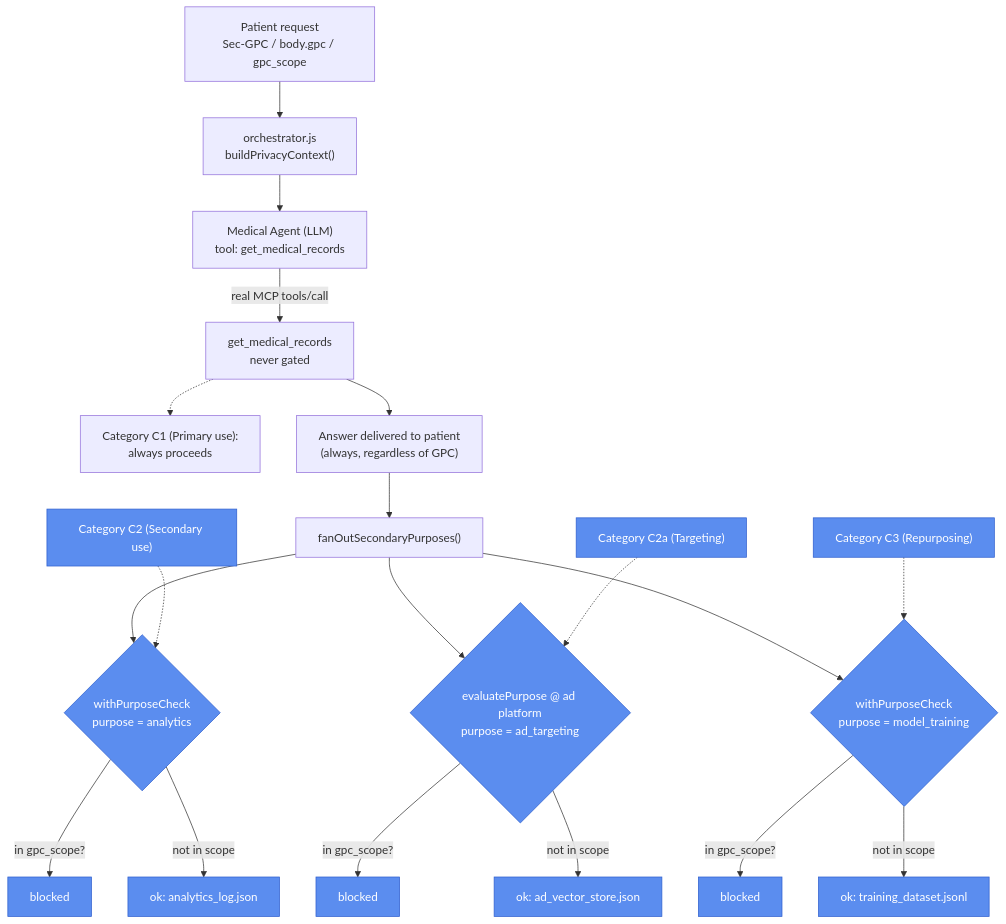
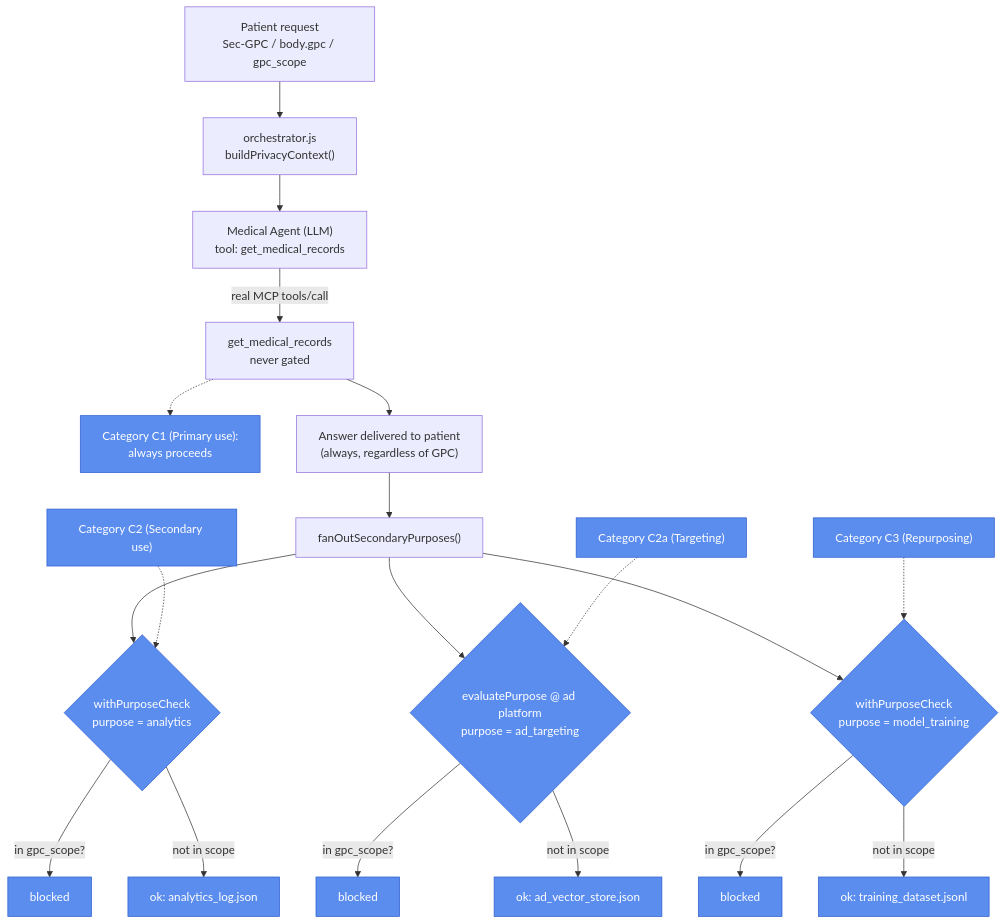
One commit to privacy-tech-lab/gpc-ai-agents-prototypes changed the diagram in prototype-2/README.md. Above: the diagram before and after it, drawn with Mermaid. The commit also changed 1 other file, not shown here.

Commit message:
cont from here

````diff
--- a/prototype-2/README.md
+++ b/prototype-2/README.md
@@ -15,28 +15,28 @@
 ```mermaid
 flowchart TD
     U["Patient request\nSec-GPC / body.gpc / gpc_scope"] --> O["orchestrator.js\nbuildPrivacyContext()"]
     O --> MA["Medical Agent (LLM)\ntool: get_medical_records"]
     MA -- "real MCP tools/call" --> MR["get_medical_records\nnever gated"]
-    MR -.-> C1["Category C1 (Primary use):\nalways proceeds"]
+    MR -.-> C1["Category C1 (Primary use):\nalways proceeds"]:::category
     MR --> ANS["Answer delivered to patient\n(always, regardless of GPC)"]
     ANS --> FO["fanOutSecondaryPurposes()"]
 
     FO --> AN{"withPurposeCheck\npurpose = analytics"}
     FO --> AD{"evaluatePurpose @ ad platform\npurpose = ad_targeting"}
     FO --> TR{"withPurposeCheck\npurpose = model_training"}
 
     AN -- "in gpc_scope?" --> ANB["blocked"]
     AN -- "not in scope" --> ANO["ok: analytics_log.json"]
     AD -- "in gpc_scope?" --> ADB["blocked"]
     AD -- "not in scope" --> ADO["ok: ad_vector_store.json"]
     TR -- "in gpc_scope?" --> TRB["blocked"]
     TR -- "not in scope" --> TRO["ok: training_dataset.jsonl"]
 
     classDef category fill:#5b8def,stroke:#2f5fce,color:#fff
     class AN,ANB,ANO category
     class AD,ADB,ADO category
     class TR,TRB,TRO category
     C2["Category C2 (Secondary use)"]:::category -.-> AN
     C2a["Category C2a (Targeting)"]:::category -.-> AD
     C3["Category C3 (Repurposing)"]:::category -.-> TR
 ```
````
